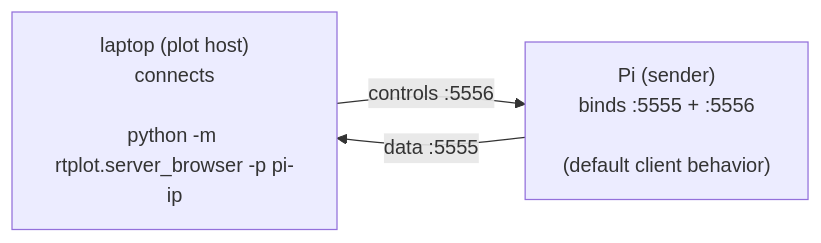
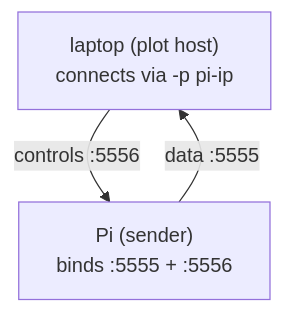
Before and after one commit to jmontp/rtplot: the second of 5 diagrams in docs/networking.md, drawn with Mermaid. The commit also changed other lines of this file and 1 other file, not shown here.

First line of the commit message:
Mermaid diagrams: switch flowcharts to TD orientation for mobile

````diff
--- a/docs/networking.md
+++ b/docs/networking.md
@@ -35,7 +35,7 @@
 ```mermaid
-flowchart LR
-    laptop["laptop (plot host)<br/>connects<br/><br/>python -m rtplot.server_browser -p pi-ip"]
-    pi["Pi (sender)<br/>binds :5555 + :5556<br/><br/>(default client behavior)"]
+flowchart TD
+    laptop["laptop (plot host)<br/>connects via -p pi-ip"]
+    pi["Pi (sender)<br/>binds :5555 + :5556"]
     pi -- "data :5555" --> laptop
     laptop -- "controls :5556" --> pi
 ```
````
